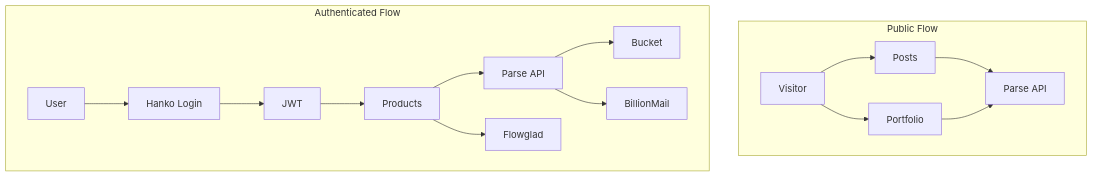
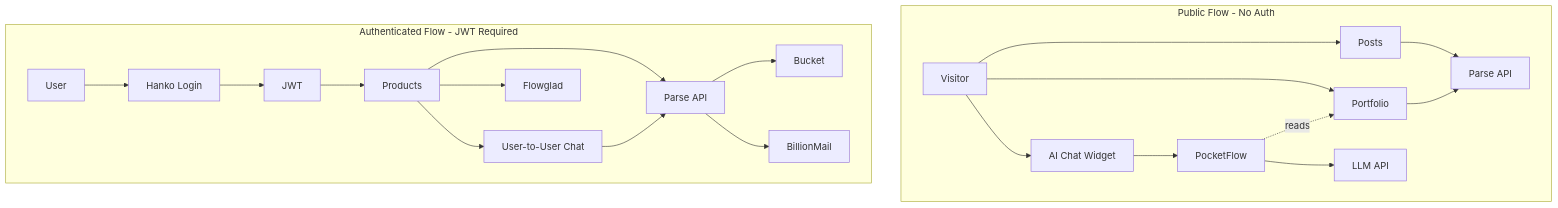
One commit to dirm02/bloggista changed diagram 12 of 14 in expansion.md. Above: the diagram before and after it, drawn with Mermaid. The commit also changed other lines of this file, not shown here.

````diff
--- a/expansion.md
+++ b/expansion.md
@@ -303,19 +432,25 @@
 ```mermaid
 flowchart TB
-    subgraph PublicFlow [Public Flow]
+    subgraph PublicFlow [Public Flow - No Auth]
         V1[Visitor] --> Blog[Posts]
         V1 --> Port[Portfolio]
+        V1 --> AIChat[AI Chat Widget]
         Blog --> Parse1[Parse API]
         Port --> Parse1
+        AIChat --> PFlow[PocketFlow]
+        PFlow --> LLM[LLM API]
+        PFlow -.->|reads| Port
     end
 
-    subgraph AuthFlow [Authenticated Flow]
+    subgraph AuthFlow [Authenticated Flow - JWT Required]
         U1[User] --> Hanko[Hanko Login]
         Hanko --> JWT[JWT]
         JWT --> Prod[Products]
         Prod --> Parse2[Parse API]
-        Prod --> Flow[Flowglad]
+        Prod --> UChat[User-to-User Chat]
+        Prod --> FGlad[Flowglad]
+        UChat --> Parse2
         Parse2 --> Bucket[Bucket]
         Parse2 --> Mail[BillionMail]
     end
 ```
````
